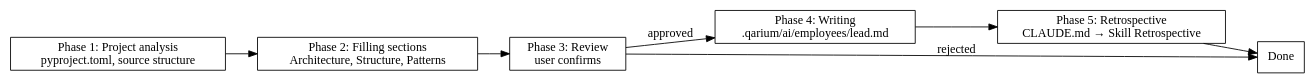
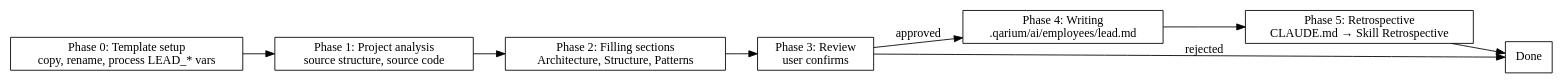
The diagram in skills/employees-lead-onboarding/SKILL.md (qarium/ai-python), drawn with Graphviz before and after one commit. The commit also changed other lines of this file and 25 other files, not shown here.

````diff
--- a/skills/employees-lead-onboarding/SKILL.md
+++ b/skills/employees-lead-onboarding/SKILL.md
@@ -22,18 +49,20 @@
 ```dot
 digraph flow {
     rankdir=LR;
-    analyze [label="Phase 1: Project analysis\npyproject.toml, source structure" shape=box];
+    template [label="Phase 0: Template setup\ncopy, rename, process LEAD_* vars" shape=box];
+    analyze [label="Phase 1: Project analysis\nsource structure, source code" shape=box];
     fill [label="Phase 2: Filling sections\nArchitecture, Structure, Patterns" shape=box];
     review [label="Phase 3: Review\nuser confirms" shape=box];
     write [label="Phase 4: Writing\n.qarium/ai/employees/lead.md" shape=box];
     retro [label="Phase 5: Retrospective\nCLAUDE.md → Skill Retrospective" shape=box];
     done [label="Done" shape=box];
 
+    template -> analyze;
     analyze -> fill;
     fill -> review;
     review -> write [label="approved"];
     review -> done [label="rejected"];
     write -> retro;
     retro -> done;
 }
 ```
````
